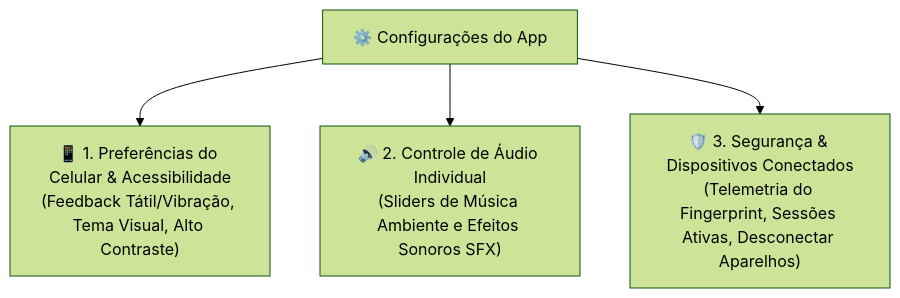
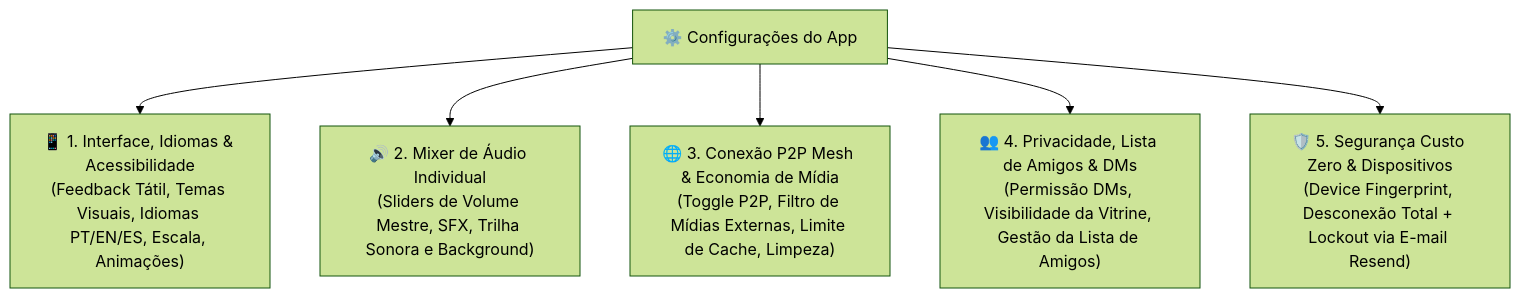
One commit to TrevorSalazar66/ArcanaVTT-v2 changed the fourth of 8 diagrams in rascunho-idealizacao.md. Above: the diagram before and after it, drawn with Mermaid (forest theme). The commit also changed other lines of this file, not shown here.

````diff
--- a/rascunho-idealizacao.md
+++ b/rascunho-idealizacao.md
@@ -224,8 +224,10 @@
 ```mermaid
 flowchart TD
     SETTINGS["⚙️ Configurações do App"]
     
-    SETTINGS --> S_PREFS["📱 1. Preferências do Celular & Acessibilidade\n(Feedback Tátil/Vibração, Tema Visual, Alto Contraste)"]
-    SETTINGS --> S_AUDIO["🔊 2. Controle de Áudio Individual\n(Sliders de Música Ambiente e Efeitos Sonoros SFX)"]
-    SETTINGS --> S_SEC["🛡️ 3. Segurança & Dispositivos Conectados\n(Telemetria do Fingerprint, Sessões Ativas, Desconectar Aparelhos)"]
+    SETTINGS --> S_PREFS["📱 1. Interface, Idiomas & Acessibilidade\n(Feedback Tátil, Temas Visuais, Idiomas PT/EN/ES, Escala, Animações)"]
+    SETTINGS --> S_AUDIO["🔊 2. Mixer de Áudio Individual\n(Sliders de Volume Mestre, SFX, Trilha Sonora e Background)"]
+    SETTINGS --> S_P2P["🌐 3. Conexão P2P Mesh & Economia de Mídia\n(Toggle P2P, Filtro de Mídias Externas, Limite de Cache, Limpeza)"]
+    SETTINGS --> S_PRIV["👥 4. Privacidade, Lista de Amigos & DMs\n(Permissão DMs, Visibilidade da Vitrine, Gestão da Lista de Amigos)"]
+    SETTINGS --> S_SEC["🛡️ 5. Segurança Custo Zero & Dispositivos\n(Device Fingerprint, Desconexão Total + Lockout via E-mail Resend)"]
 ```
````
